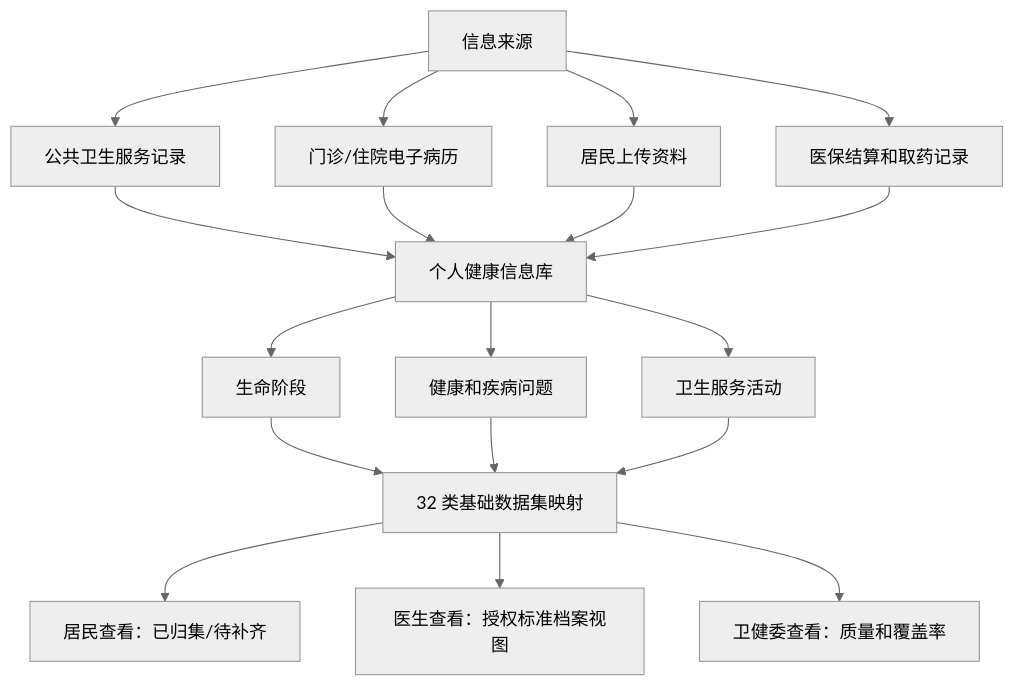
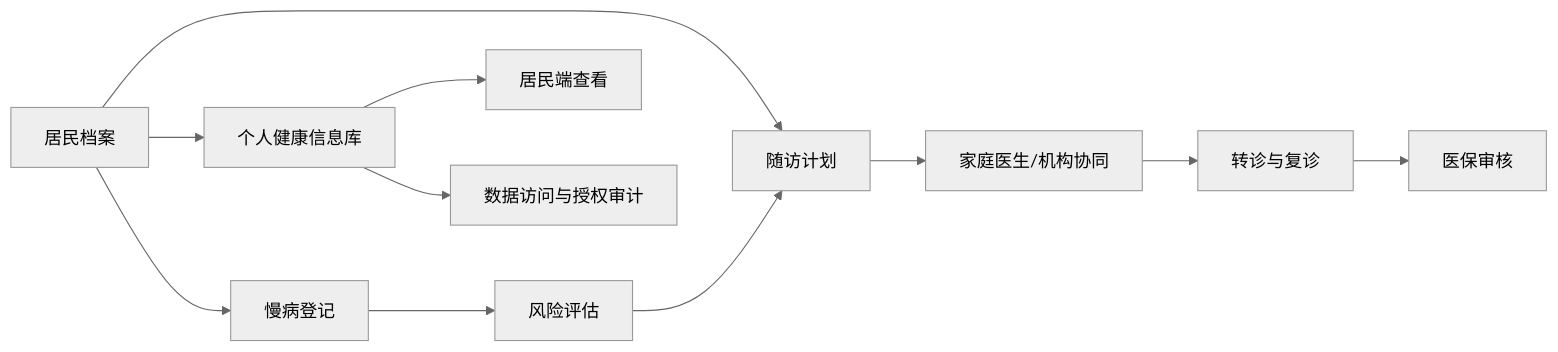
The second of 3 diagrams in docs/system-flow.md (xujiann/chronic-care-platform), drawn with Mermaid (neutral theme) before and after one commit. The commit also changed other lines of this file and 7 other files, not shown here.

````diff
--- a/docs/system-flow.md
+++ b/docs/system-flow.md
@@ -78,24 +27,13 @@
 ```mermaid
-flowchart TB
-  Sources["信息来源"] --> PublicHealth["公共卫生服务记录"]
-  Sources --> EMR["门诊/住院电子病历"]
-  Sources --> PersonalUpload["居民上传资料"]
-  Sources --> InsuranceData["医保结算和取药记录"]
-
-  PublicHealth --> Archive["个人健康信息库"]
-  EMR --> Archive
-  PersonalUpload --> Archive
-  InsuranceData --> Archive
-
-  Archive --> LifeStage["生命阶段"]
-  Archive --> Problem["健康和疾病问题"]
-  Archive --> Activity["卫生服务活动"]
-
-  LifeStage --> StandardDatasets["32 类基础数据集映射"]
-  Problem --> StandardDatasets
-  Activity --> StandardDatasets
-
-  StandardDatasets --> CitizenView["居民查看：已归集/待补齐"]
-  StandardDatasets --> DoctorView["医生查看：授权标准档案视图"]
-  StandardDatasets --> GovView["卫健委查看：质量和覆盖率"]
+flowchart LR
+  Resident["居民档案"] --> ChronicReg["慢病登记"]
+  Resident --> Followup["随访计划"]
+  Resident --> PersonalRecords["个人健康信息库"]
+  ChronicReg --> Risk["风险评估"]
+  Risk --> Followup
+  Followup --> Doctor["家庭医生/机构协同"]
+  Doctor --> Referral["转诊与复诊"]
+  Referral --> Insurance["医保审核"]
+  PersonalRecords --> Citizen["居民端查看"]
+  PersonalRecords --> Audit["数据访问与授权审计"]
 ```
````
